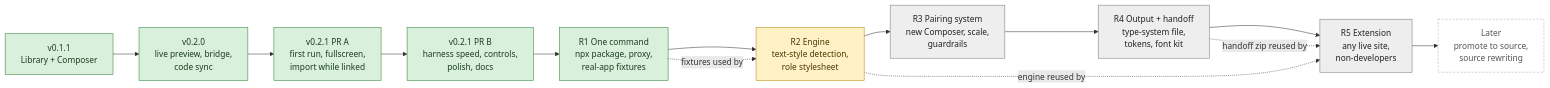
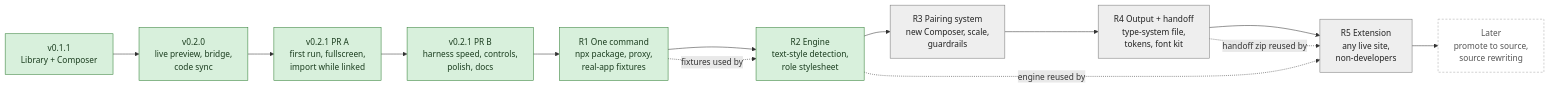
The diagram in docs/plans/2026-10-03-roadmap.md (pterw/font-kit-studio), drawn with Mermaid before and after one commit. The commit also changed other lines of this file and 4 other files, not shown here.

````diff
--- a/docs/plans/2026-10-03-roadmap.md
+++ b/docs/plans/2026-10-03-roadmap.md
@@ -25,24 +25,24 @@
 ```mermaid
 flowchart LR
     classDef done fill:#d8f0dc,stroke:#2e7d32,color:#1b3d1f
     classDef active fill:#fff1c6,stroke:#b8860b,color:#4a3700
     classDef next fill:#dbe9ff,stroke:#2f5fb3,color:#14284d
     classDef planned fill:#eeeeee,stroke:#777,color:#222
     classDef later fill:#ffffff,stroke:#aaa,color:#555,stroke-dasharray:4 3
 
     V01["v0.1.1<br/>Library + Composer"]:::done
     V02["v0.2.0<br/>live preview, bridge,<br/>code sync"]:::done
     PRA["v0.2.1 PR A<br/>first run, fullscreen,<br/>import while linked"]:::done
     PRB["v0.2.1 PR B<br/>harness speed, controls,<br/>polish, docs"]:::done
     R1["R1 One command<br/>npx package, proxy,<br/>real-app fixtures"]:::done
-    R2["R2 Engine<br/>text-style detection,<br/>role stylesheet"]:::active
+    R2["R2 Engine<br/>text-style detection,<br/>role stylesheet"]:::done
     R3["R3 Pairing system<br/>new Composer, scale,<br/>guardrails"]:::planned
     R4["R4 Output + handoff<br/>type-system file,<br/>tokens, font kit"]:::planned
     R5["R5 Extension<br/>any live site,<br/>non-developers"]:::planned
     L["Later<br/>promote to source,<br/>source rewriting"]:::later
 
     V01 --> V02 --> PRA --> PRB --> R1 --> R2 --> R3 --> R4 --> R5 --> L
     R1 -. fixtures used by .-> R2
     R2 -. engine reused by .-> R5
     R4 -. handoff zip reused by .-> R5
 ```
````
